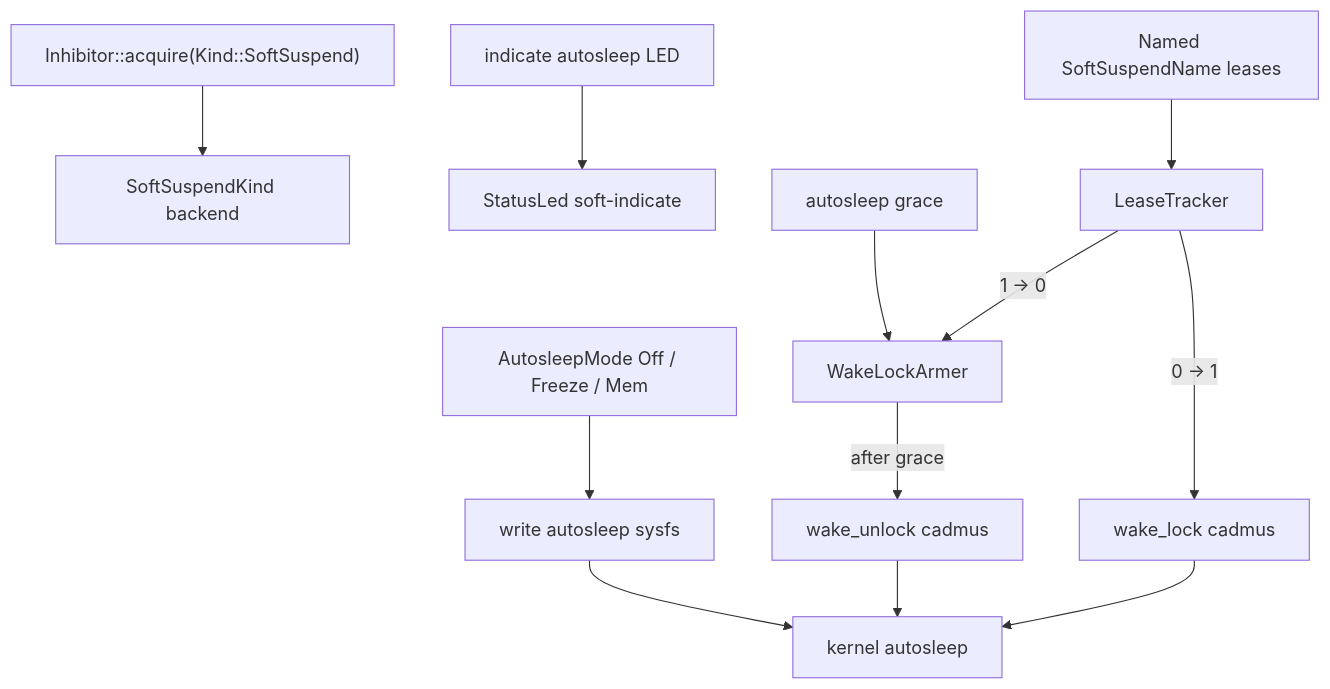
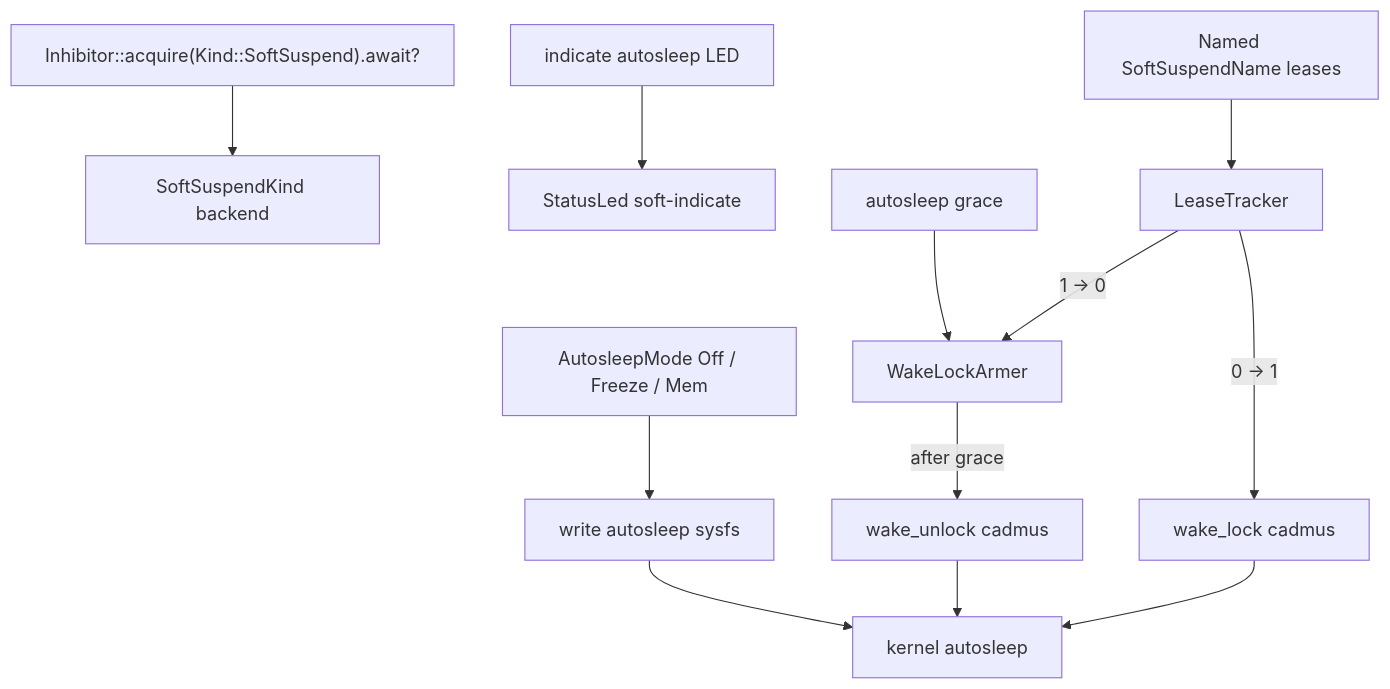
Before and after one commit to OGKevin/cadmus: the diagram in docs/src/contributing/device/suspend/soft-suspend.md, drawn with Mermaid. The commit also changed other lines of this file and 94 other files, not shown here.

````diff
--- a/docs/src/contributing/device/suspend/soft-suspend.md
+++ b/docs/src/contributing/device/suspend/soft-suspend.md
@@ -14,14 +14,14 @@
 ```mermaid
 flowchart TD
-  acquire["Inhibitor::acquire(Kind::SoftSuspend)"] --> kind["SoftSuspendKind backend"]
+  acquire["Inhibitor::acquire(Kind::SoftSuspend).await?"] --> kind["SoftSuspendKind backend"]
   settings["AutosleepMode Off / Freeze / Mem"] --> apply["write autosleep sysfs"]
   ledSetting["indicate autosleep LED"] --> led["StatusLed soft-indicate"]
   graceSetting["autosleep grace"] --> armer["WakeLockArmer"]
   holders["Named SoftSuspendName leases"] --> tracker["LeaseTracker"]
   tracker -->|"0 → 1"| lock["wake_lock cadmus"]
   tracker -->|"1 → 0"| armer
   armer -->|"after grace"| unlock["wake_unlock cadmus"]
   apply --> kernel["kernel autosleep"]
   lock --> kernel
   unlock --> kernel
 ```
````
